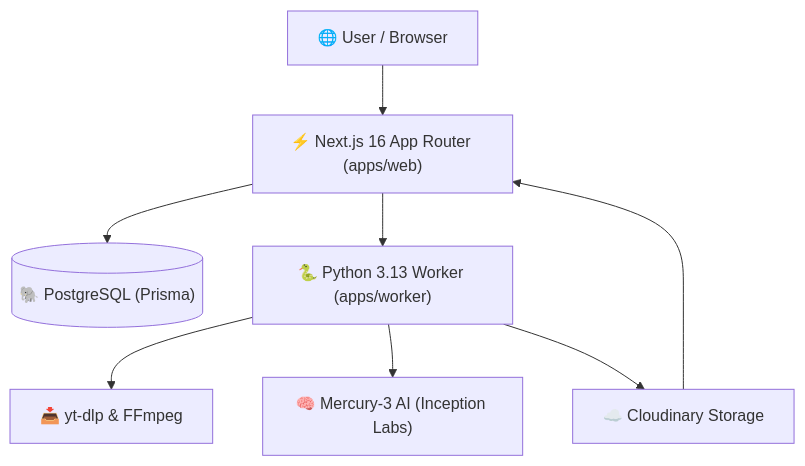
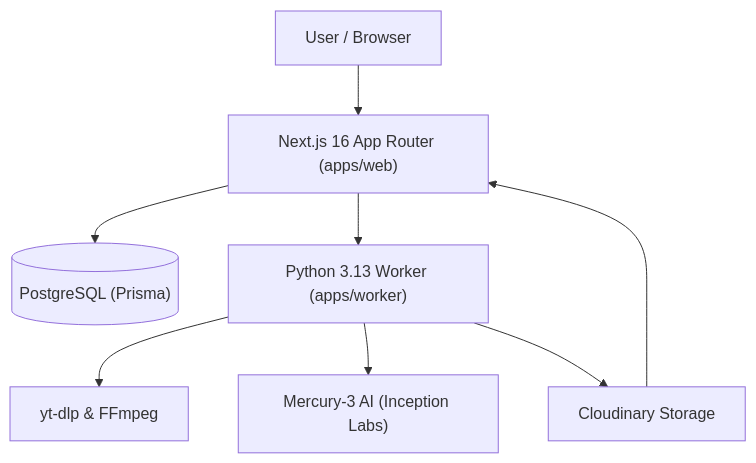
The diagram in README.md (aiankurverma/grab), drawn with Mermaid before and after one commit. The commit also changed other lines of this file, not shown here.

````diff
--- a/README.md
+++ b/README.md
@@ -32,10 +32,10 @@
 ```mermaid
 flowchart TD
-    User["🌐 User / Browser"] --> Web["⚡ Next.js 16 App Router (apps/web)"]
-    Web --> DB[("🐘 PostgreSQL (Prisma)")]
-    Web --> Worker["🐍 Python 3.13 Worker (apps/worker)"]
-    Worker --> YTDLP["📥 yt-dlp & FFmpeg"]
-    Worker --> Mercury["🧠 Mercury-3 AI (Inception Labs)"]
-    Worker --> Cloudinary["☁️ Cloudinary Storage"]
+    User["User / Browser"] --> Web["Next.js 16 App Router (apps/web)"]
+    Web --> DB[("PostgreSQL (Prisma)")]
+    Web --> Worker["Python 3.13 Worker (apps/worker)"]
+    Worker --> YTDLP["yt-dlp & FFmpeg"]
+    Worker --> Mercury["Mercury-3 AI (Inception Labs)"]
+    Worker --> Cloudinary["Cloudinary Storage"]
     Cloudinary --> Web
 ```
````
